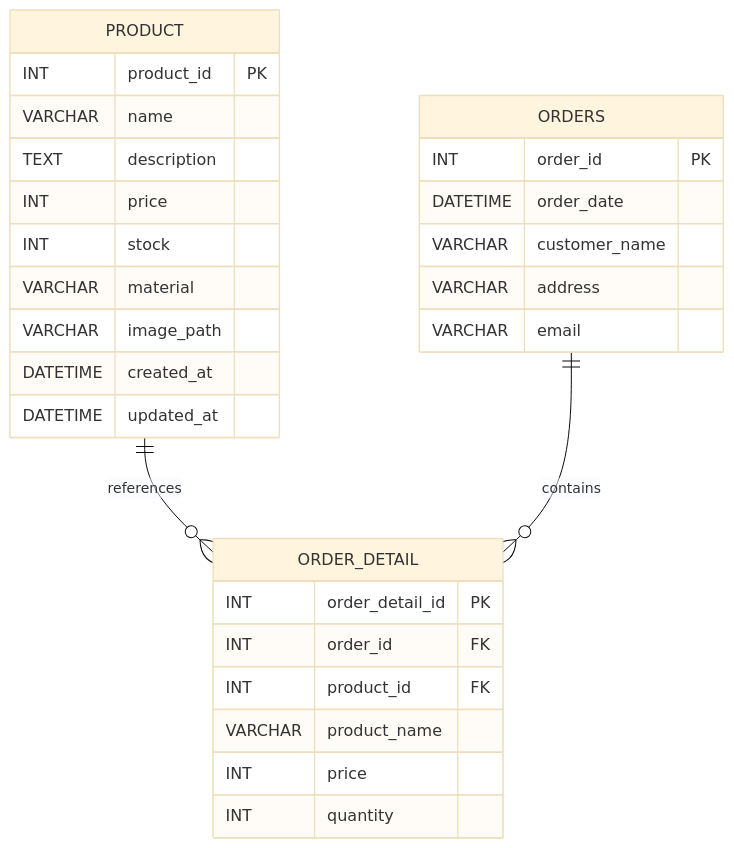
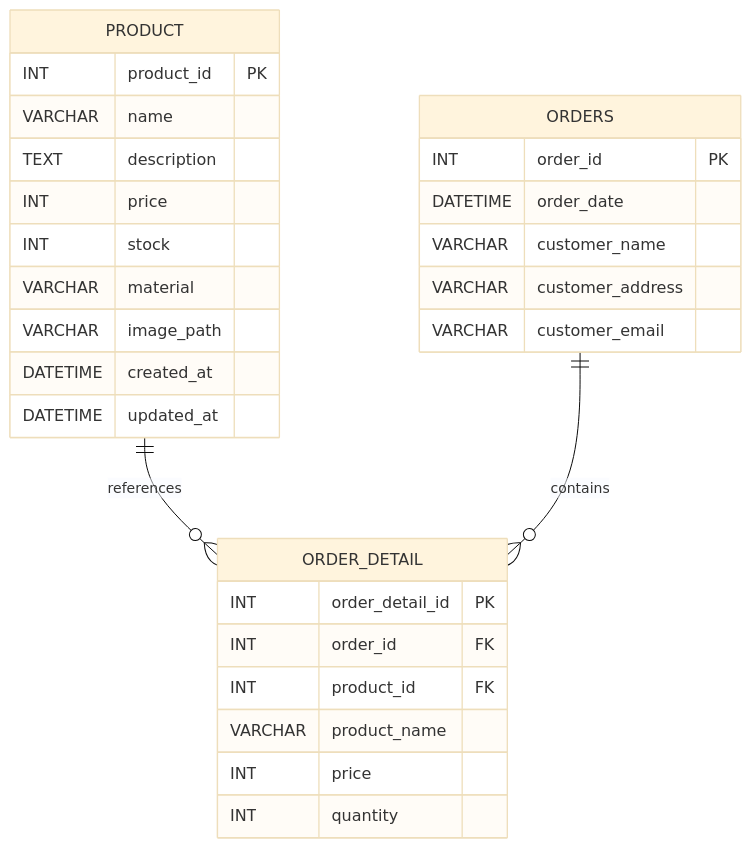
Before and after one commit to natsumiumeda/Jobs: diagram 11 of 12 in 詳細設計/詳細設計書.md, drawn with Mermaid (base theme). The commit also changed other lines of this file, not shown here.

Commit message:
カスタマー

```diff
--- a/詳細設計/詳細設計書.md
+++ b/詳細設計/詳細設計書.md
@@ -1026,35 +1024,35 @@
 <div class="mermaid">
 erDiagram
 
   PRODUCT {
     INT product_id PK 
     VARCHAR name 
     TEXT description 
     INT price 
     INT stock 
     VARCHAR material 
     VARCHAR image_path 
     DATETIME created_at 
     DATETIME updated_at 
   }
 
     ORDERS {
         INT order_id PK 
         DATETIME order_date 
         VARCHAR customer_name 
-        VARCHAR address 
-        VARCHAR email 
+        VARCHAR customer_address 
+        VARCHAR customer_email 
     }
 
   ORDER_DETAIL {
     INT order_detail_id PK 
     INT order_id FK 
     INT product_id FK 
     VARCHAR product_name 
     INT price 
     INT quantity 
   }
 
   PRODUCT ||--o{ ORDER_DETAIL : "references"
   ORDERS ||--o{ ORDER_DETAIL : "contains"
   </div>
```
